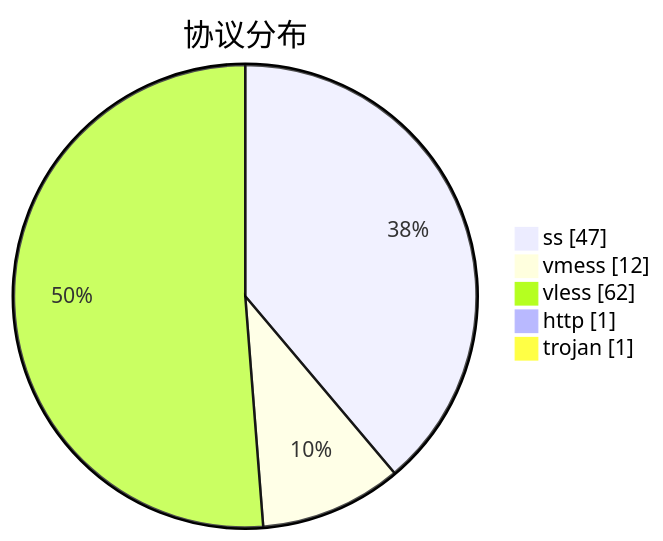
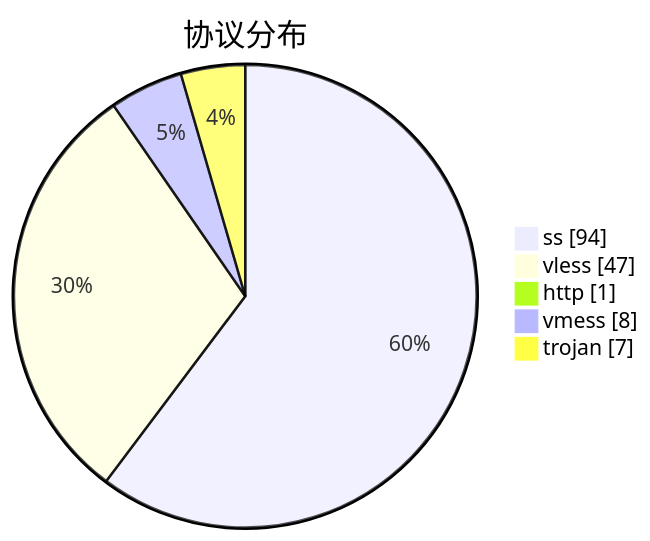
Before and after one commit to qjlxg/airport: the third of 3 diagrams in subs/statistics/tested_within.md, drawn with Mermaid. The commit also changed other lines of this file and 2 other files, not shown here.

````diff
--- a/subs/statistics/tested_within.md
+++ b/subs/statistics/tested_within.md
@@ -25,9 +29,9 @@
 ```mermaid
 pie showData
 title 协议分布
-"ss" : 47
-"vmess" : 12
-"vless" : 62
+"ss" : 94
+"vless" : 47
 "http" : 1
-"trojan" : 1
+"vmess" : 8
+"trojan" : 7
 ```
````
